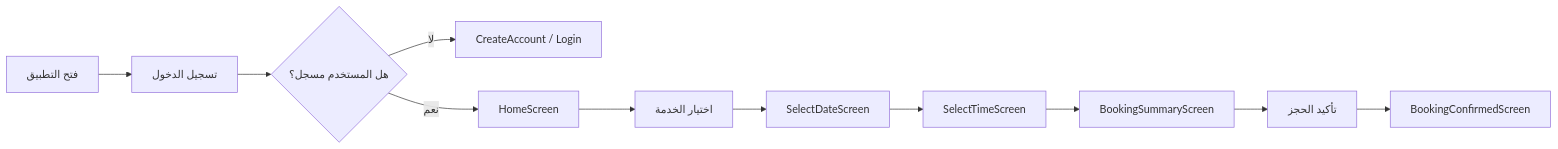
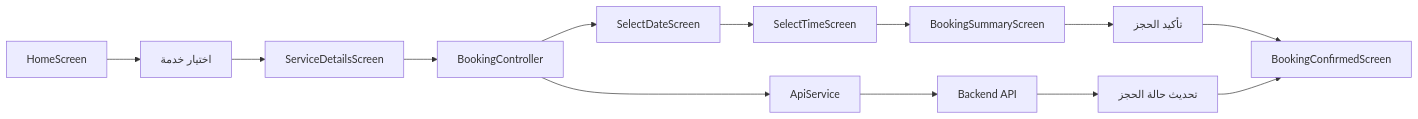
The second of 4 diagrams in README.md (sleman-mahmoud/Test), drawn with Mermaid before and after one commit. The commit also changed other lines of this file, not shown here.

````diff
--- a/README.md
+++ b/README.md
@@ -43,13 +85,15 @@
 ```mermaid
 flowchart LR
-    A[فتح التطبيق] --> B[تسجيل الدخول]
-    B --> C{هل المستخدم مسجل؟}
-    C -- لا --> D[CreateAccount / Login]
-    C -- نعم --> E[HomeScreen]
-    E --> F[اختيار الخدمة]
-    F --> G[SelectDateScreen]
-    G --> H[SelectTimeScreen]
-    H --> I[BookingSummaryScreen]
-    I --> J[تأكيد الحجز]
-    J --> K[BookingConfirmedScreen]
+    A[HomeScreen] --> B[اختيار خدمة]
+    B --> C[ServiceDetailsScreen]
+    C --> D[BookingController]
+    D --> E[SelectDateScreen]
+    E --> F[SelectTimeScreen]
+    F --> G[BookingSummaryScreen]
+    G --> H[تأكيد الحجز]
+    H --> I[BookingConfirmedScreen]
+    D --> J[ApiService]
+    J --> K[Backend API]
+    K --> L[تحديث حالة الحجز]
+    L --> I
 ```
````
